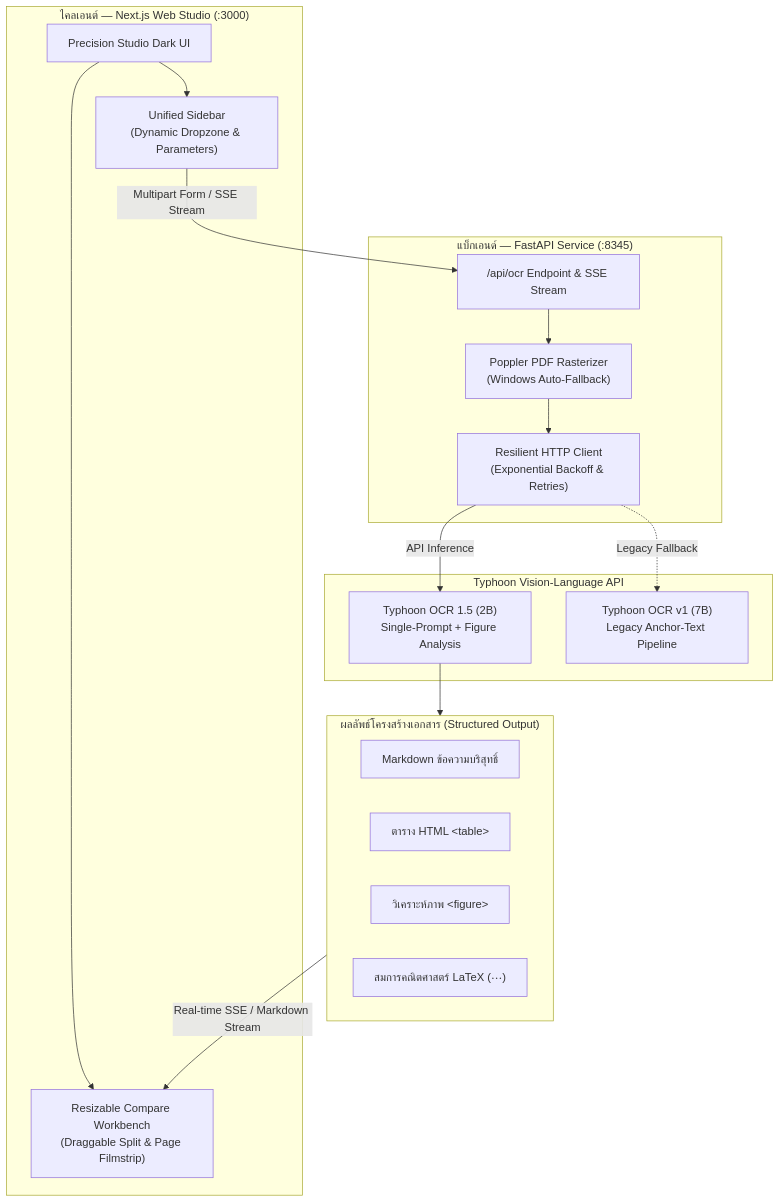
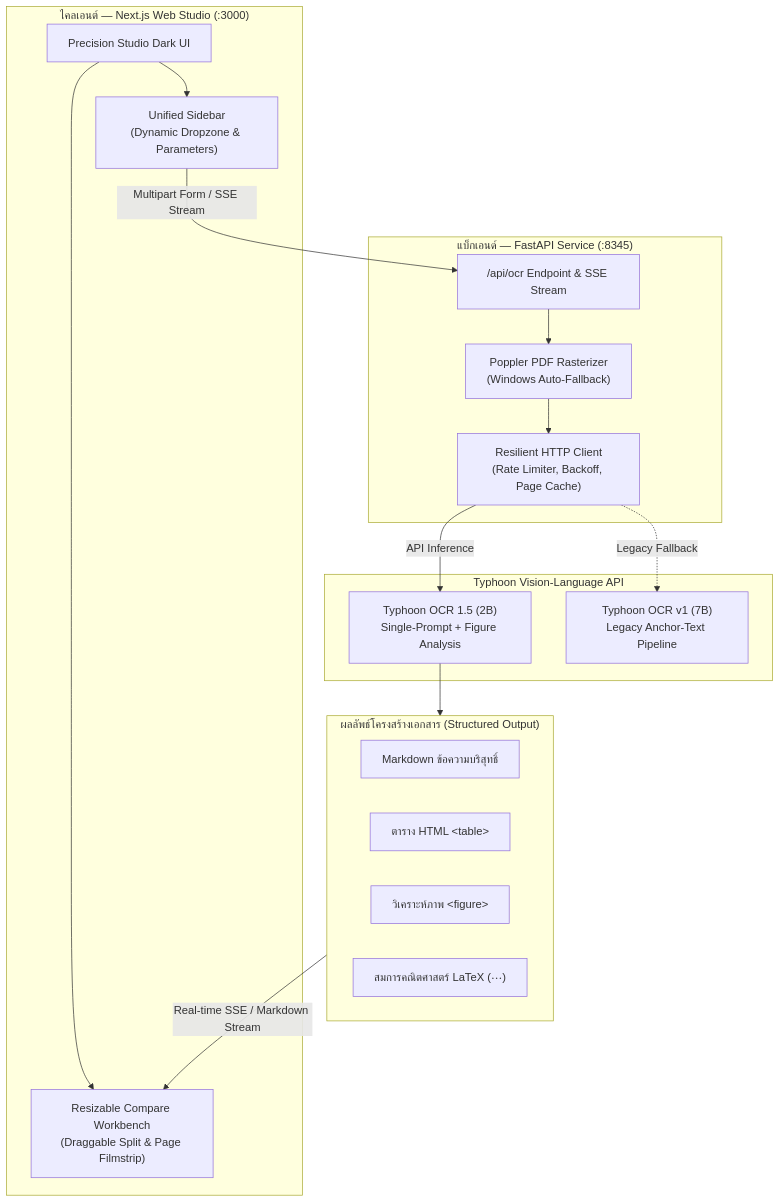
Before and after one commit to naravid19/typhoon-ocr: the diagram in README.th.md, drawn with Mermaid. The commit also changed other lines of this file and 4 other files, not shown here.

````diff
--- a/README.th.md
+++ b/README.th.md
@@ -115,36 +119,36 @@
 ```mermaid
 flowchart TD
     subgraph Client["ไคลเอนต์ — Next.js Web Studio (:3000)"]
         UI["Precision Studio Dark UI"]
         Sidebar["Unified Sidebar<br/>(Dynamic Dropzone & Parameters)"]
         Workbench["Resizable Compare Workbench<br/>(Draggable Split & Page Filmstrip)"]
         UI --> Sidebar
         UI --> Workbench
     end
 
     subgraph Backend["แบ็กเอนด์ — FastAPI Service (:8345)"]
         Router["/api/ocr Endpoint & SSE Stream"]
         Poppler["Poppler PDF Rasterizer<br/>(Windows Auto-Fallback)"]
-        RetryEngine["Resilient HTTP Client<br/>(Exponential Backoff & Retries)"]
+        RetryEngine["Resilient HTTP Client<br/>(Rate Limiter, Backoff, Page Cache)"]
         Router --> Poppler
         Poppler --> RetryEngine
     end
 
     subgraph Engine["Typhoon Vision-Language API"]
         Model15["Typhoon OCR 1.5 (2B)<br/>Single-Prompt + Figure Analysis"]
         Model10["Typhoon OCR v1 (7B)<br/>Legacy Anchor-Text Pipeline"]
     end
 
     subgraph Output["ผลลัพธ์โครงสร้างเอกสาร (Structured Output)"]
         MD["Markdown ข้อความบริสุทธิ์"]
         Tables["ตาราง HTML &lt;table&gt;"]
         Figures["วิเคราะห์ภาพ &lt;figure&gt;"]
         LaTeX["สมการคณิตศาสตร์ LaTeX ($$...$$)"]
     end
 
     Sidebar -->|"Multipart Form / SSE Stream"| Router
     RetryEngine -->|"API Inference"| Model15
     RetryEngine -.->|"Legacy Fallback"| Model10
     Model15 --> Output
     Output -->|"Real-time SSE / Markdown Stream"| Workbench
 ```
````
